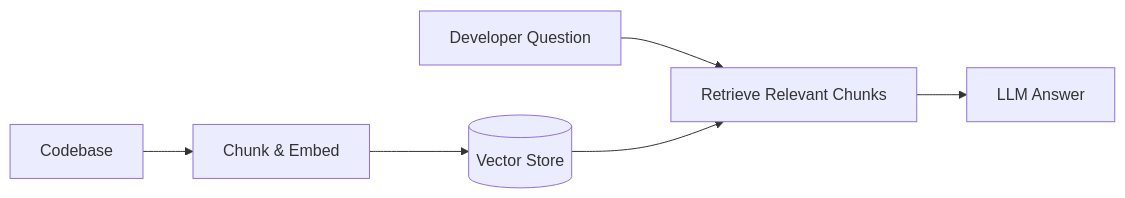
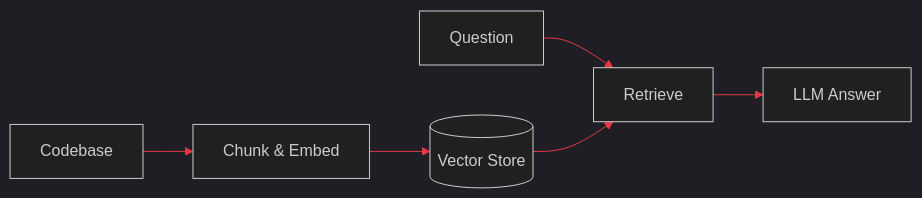
The first of 4 diagrams in README.md (ruthcaroliine/ruthcaroliine), drawn with Mermaid before and after one commit. The commit also changed other lines of this file, not shown here.

````diff
--- a/README.md
+++ b/README.md
@@ -31,8 +48,9 @@
 ```mermaid
+%%{init: {'theme':'dark', 'themeVariables': {'primaryColor':'#000000','primaryTextColor':'#ffffff','primaryBorderColor':'#E63946','lineColor':'#E63946','tertiaryColor':'#000000'}}}%%
 flowchart LR
     A[Codebase] --> B[Chunk & Embed]
     B --> C[(Vector Store)]
-    D[Developer Question] --> E[Retrieve Relevant Chunks]
+    D[Question] --> E[Retrieve]
     C --> E
     E --> F[LLM Answer]
 ```
````
